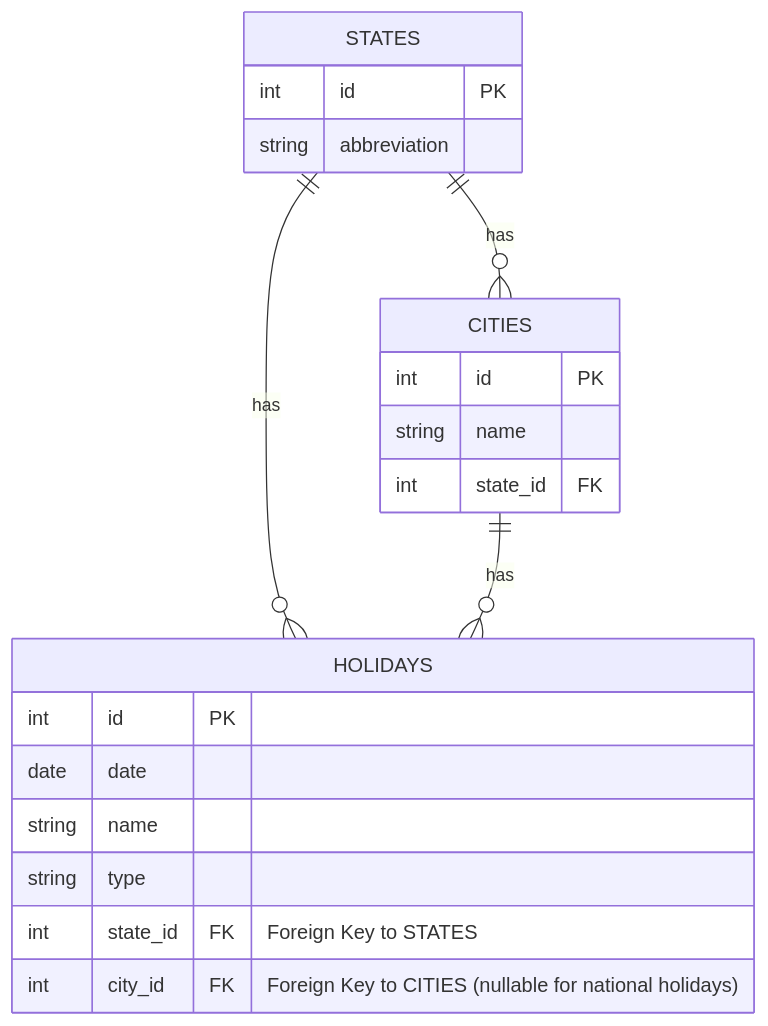
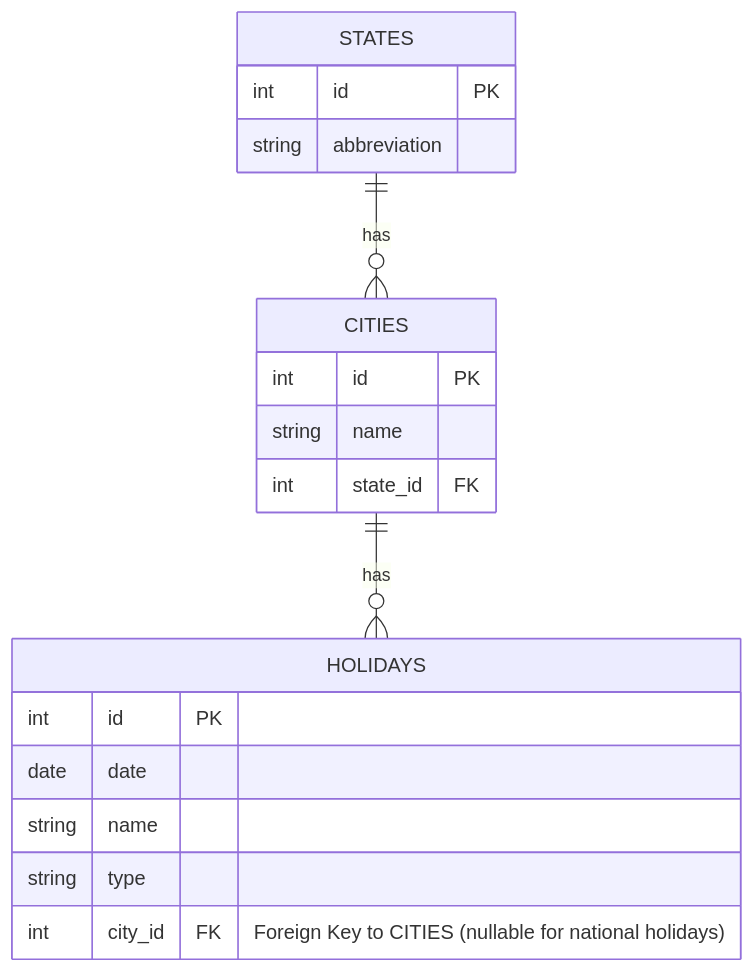
The diagram in README_ARCHITECTURE.md (mcoldibelli/rpa-holiday), drawn with Mermaid before and after one commit. The commit also changed 3 other files, not shown here.

````diff
--- a/README_ARCHITECTURE.md
+++ b/README_ARCHITECTURE.md
@@ -59,26 +59,24 @@
 ```mermaid
 erDiagram
   STATES {
     int id PK
     string abbreviation
   }
 
   CITIES {
     int id PK
     string name
     int state_id FK
   }
 
   HOLIDAYS {
     int id PK
     date date
     string name
     string type
-    int state_id FK "Foreign Key to STATES"
     int city_id FK "Foreign Key to CITIES (nullable for national holidays)"
   }
 
   STATES ||--o{ CITIES : "has"
-  STATES ||--o{ HOLIDAYS : "has"
   CITIES ||--o{ HOLIDAYS : "has"
 ```
````
